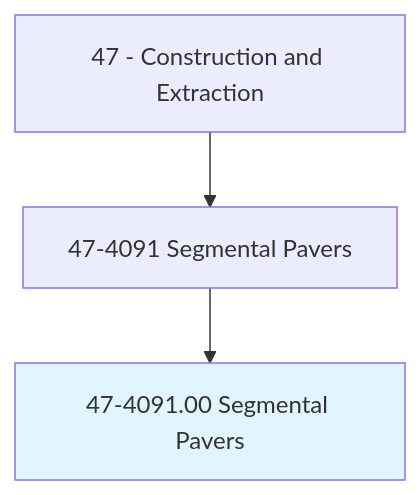
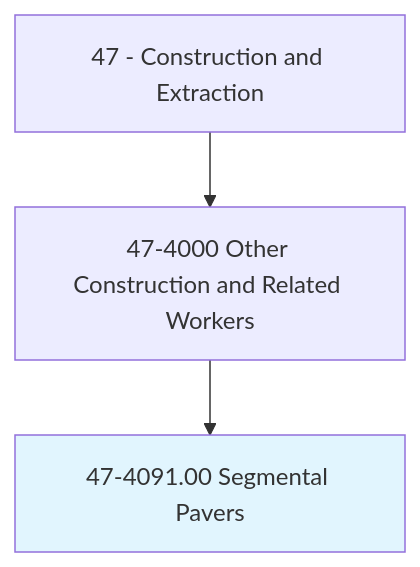
Before and after one commit to kziemski/business.org.ai: the first of 4 diagrams in occupations/Construction/SegmentalPavers.mdx, drawn with Mermaid. The commit also changed other lines of this file and 938 other files, not shown here.

````diff
--- a/occupations/Construction/SegmentalPavers.mdx
+++ b/occupations/Construction/SegmentalPavers.mdx
@@ -19,6 +23,6 @@
 ```mermaid
 graph TD
-    Cat47["47 - Construction and Extraction"] --> Group474091["47-4091 Segmental Pavers"]
-    Group474091 --> Current["47-4091.00 Segmental Pavers"]
+    Cat47["47 - Construction and Extraction"] --> Group474["47-4000 Other Construction and Related Workers"]
+    Group474 --> Current["47-4091.00 Segmental Pavers"]
     style Current fill:#e1f5fe
 ```
````
